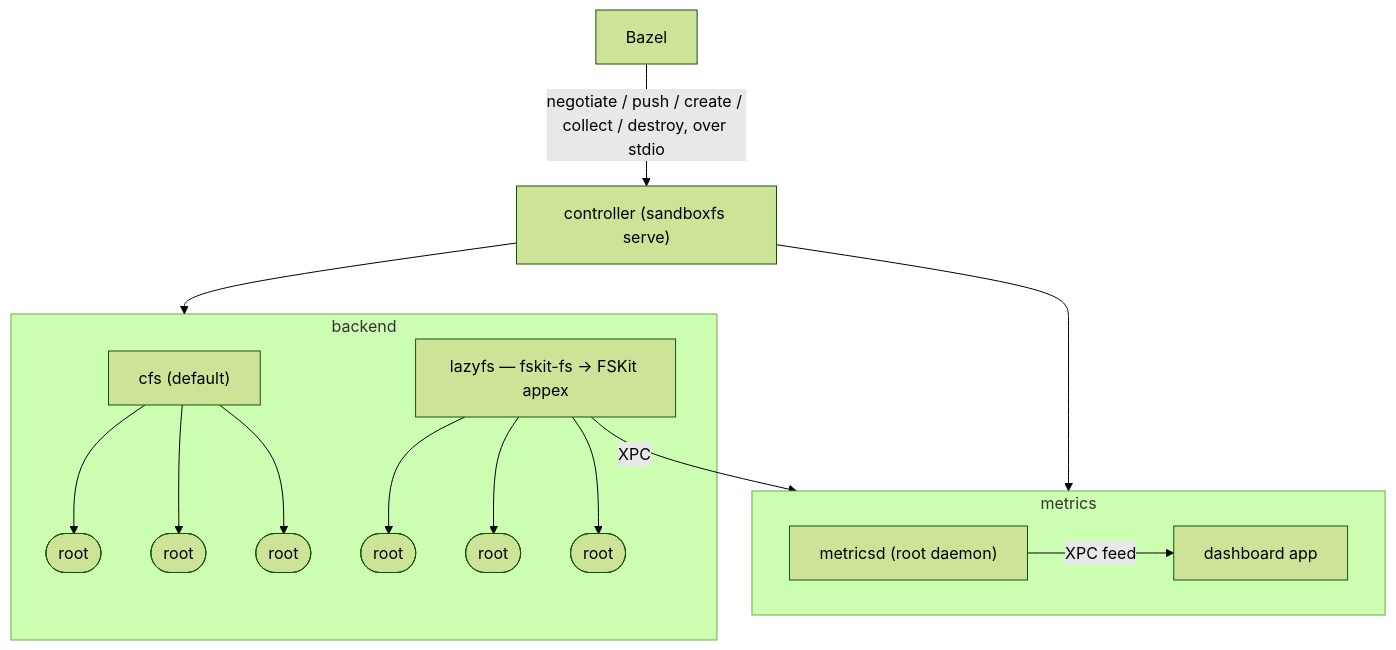
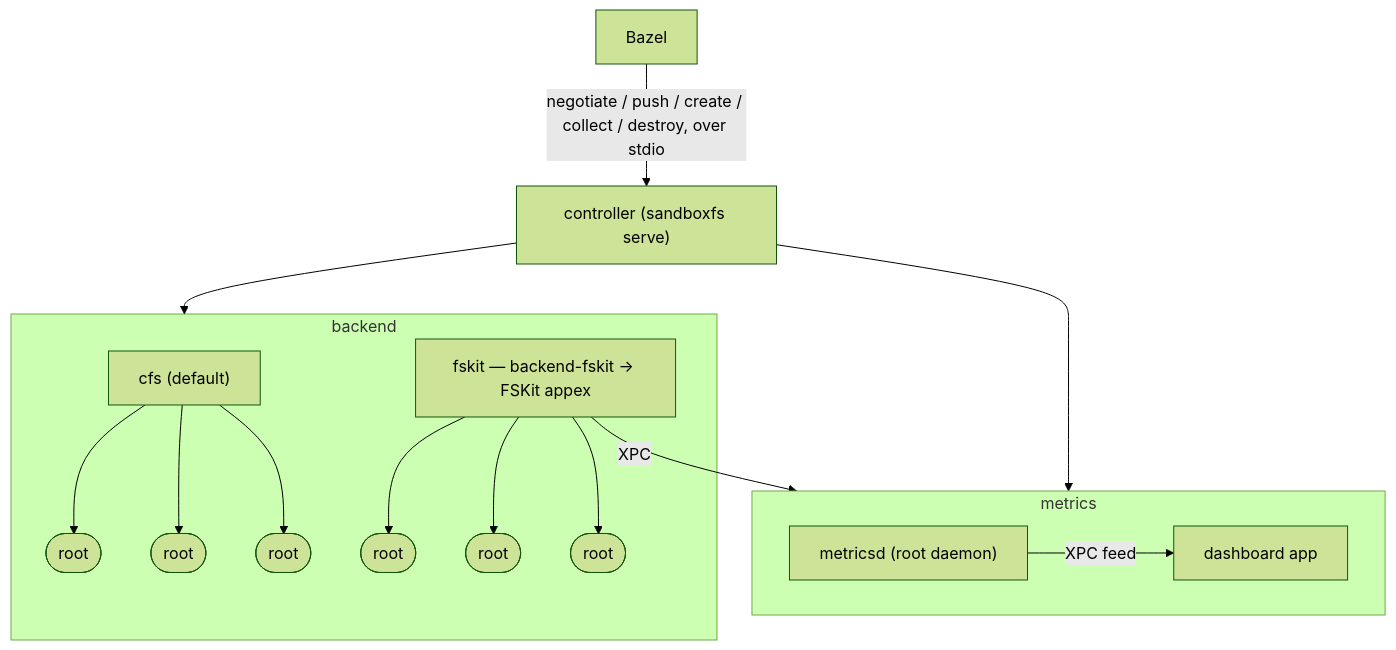
One commit to aspect-build/sandboxfs changed the diagram in README.md. Above: the diagram before and after it, drawn with Mermaid (forest theme). The commit also changed other lines of this file and 14 other files, not shown here.

````diff
--- a/README.md
+++ b/README.md
@@ -9,29 +9,29 @@
 ```mermaid
 flowchart TD
     Bazel["Bazel"]
     controller["controller (sandboxfs serve)"]
 
     subgraph metrics["metrics"]
         metricsd["metricsd (root daemon)"]
         app["dashboard app"]
         metricsd -->|XPC feed| app
     end
 
     subgraph backend["backend"]
         cfs["cfs (default)"]
-        lazy["lazyfs — fskit-fs → FSKit appex"]
+        lazy["fskit — backend-fskit → FSKit appex"]
         cfsr1(["root"])
         cfsr2(["root"])
         cfsr3(["root"])
         lazyr1(["root"])
         lazyr2(["root"])
         lazyr3(["root"])
         cfs --> cfsr1 & cfsr2 & cfsr3
         lazy --> lazyr1 & lazyr2 & lazyr3
     end
 
     Bazel -->|"negotiate / push / create / collect / destroy, over stdio"| controller
     controller --> backend
     controller --> metrics
     lazy -->|XPC| metrics
 ```
````
